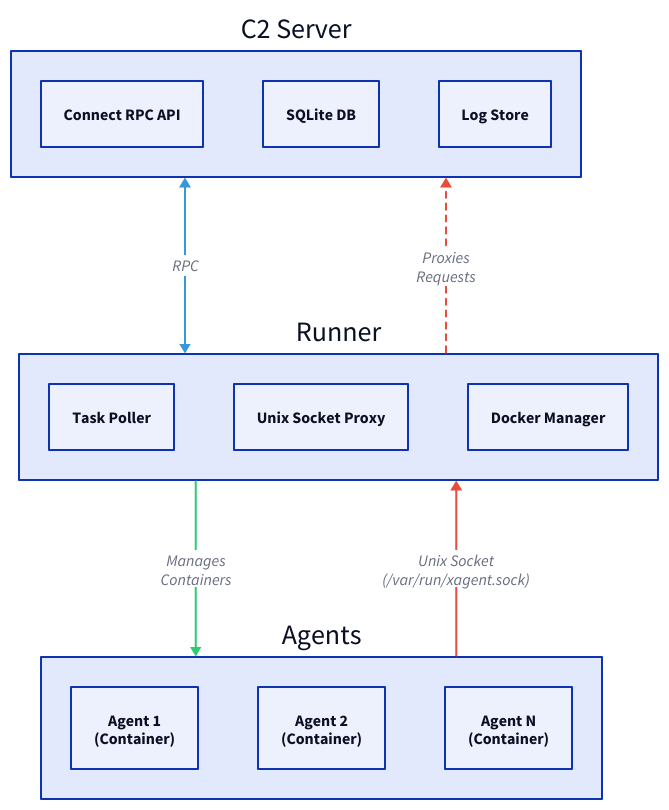
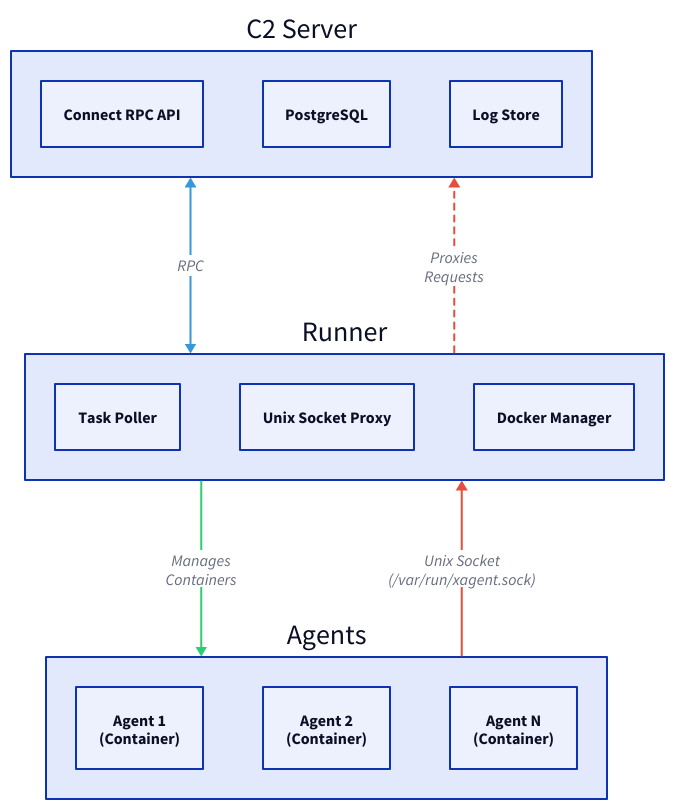
Before and after one commit to icholy/xagent: the diagram in diagrams/architecture.d2, drawn with D2. The commit also changed 23 other files, not shown here.

```diff
--- a/diagrams/architecture.d2
+++ b/diagrams/architecture.d2
@@ -1,43 +1,43 @@
 direction: down
 
 c2: C2 Server {
   api: Connect RPC API
-  db: SQLite DB
+  db: PostgreSQL
   logs: Log Store
 }
 
 runner: Runner {
   poller: Task Poller
   proxy: Unix Socket Proxy
   docker: Docker Manager
 }
 
 agents: Agents {
   direction: right
   a1: Agent 1\n(Container) {
     shape: rectangle
   }
   a2: Agent 2\n(Container) {
     shape: rectangle
   }
   an: Agent N\n(Container) {
     shape: rectangle
   }
 }
 
 c2 <-> runner: RPC {
   style.stroke: "#3498db"
 }
 
 runner -> agents: Manages\nContainers {
   style.stroke: "#2ecc71"
 }
 
 agents -> runner: Unix Socket\n(/var/run/xagent.sock) {
   style.stroke: "#e74c3c"
 }
 
 runner -> c2: Proxies\nRequests {
   style.stroke: "#e74c3c"
   style.stroke-dash: 3
 }
```
